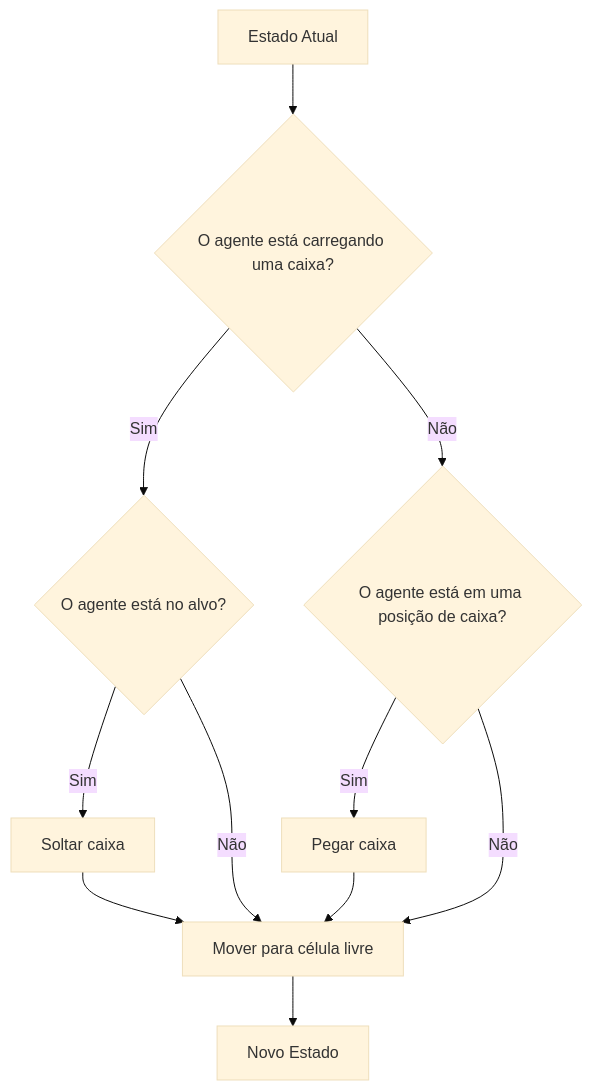
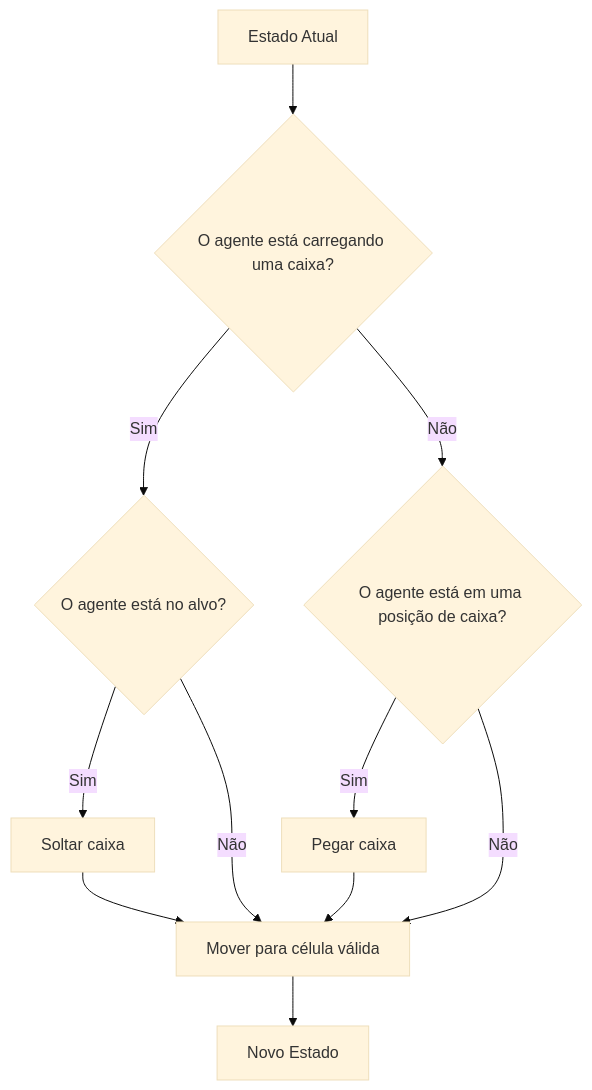
The diagram in eps/sokoban/README.md (Pedro2000-ui/i.a), drawn with Mermaid (base theme) before and after one commit. The commit also changed 1 other file, not shown here.

Commit message:
att modelagem de estados e readme

````diff
--- a/eps/sokoban/README.md
+++ b/eps/sokoban/README.md
@@ -51,32 +51,32 @@
 ```mermaid
 flowchart TD
 
 EstadoAtual[Estado Atual]
 
-Mover[Mover para célula livre]
+Mover[Mover para célula válida]
 Pegar[Pegar caixa]
 Soltar[Soltar caixa]
 
 Carregando{O agente está carregando uma caixa?}
 Alvo{O agente está no alvo?}
 Caixa{O agente está em uma posição de caixa?}
 
 NovoEstado[Novo Estado]
 
 EstadoAtual --> Carregando
 
 Mover --> NovoEstado
 
 Pegar --> Mover
 
 Carregando -->|Sim| Alvo
 Carregando -->|Não| Caixa
 
 Alvo -->|Sim| Soltar
 Alvo -->|Não| Mover
 
 Caixa -->|Sim| Pegar
 Caixa -->|Não| Mover
 
 Soltar --> Mover
 ```
````
